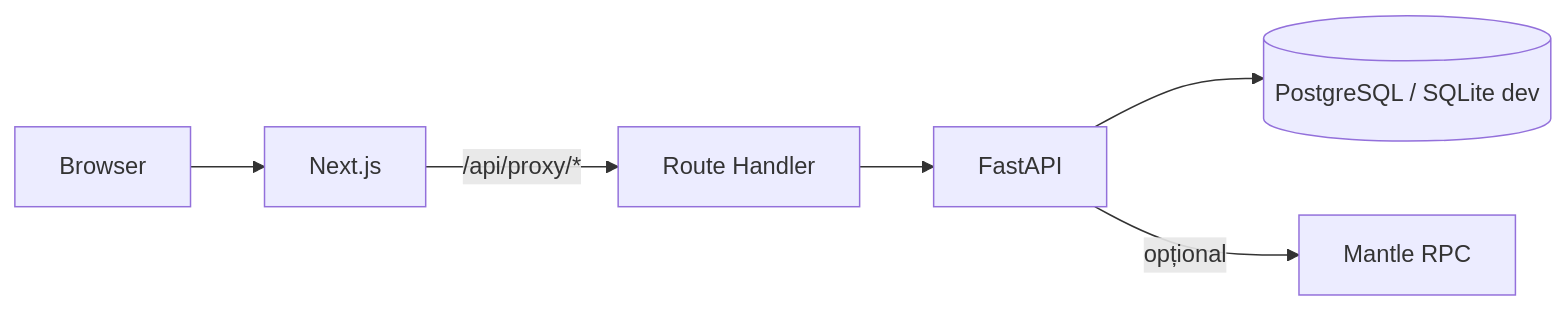
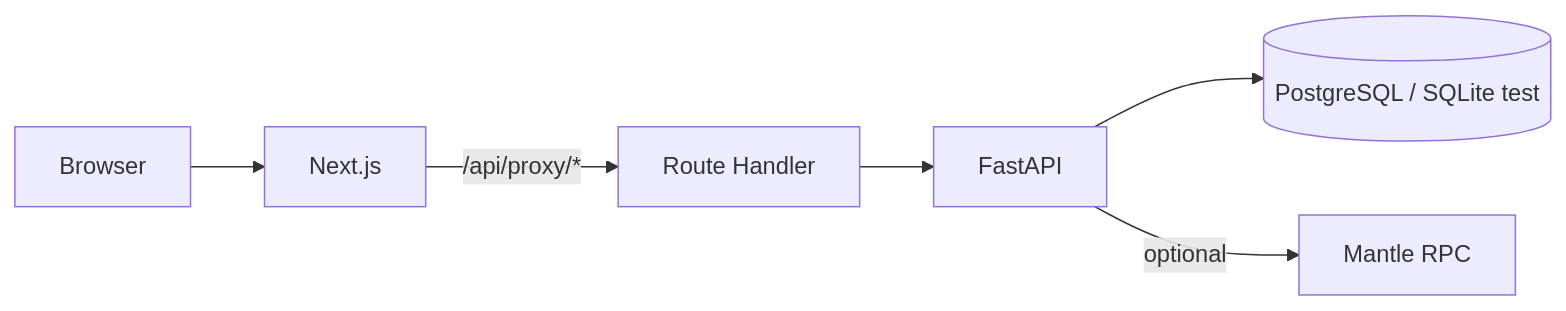
One commit to loquit-tud/TreasuryOS changed the diagram in CONSULTATION_PACK.md. Above: the diagram before and after it, drawn with Mermaid. The commit also changed other lines of this file and 2 other files, not shown here.

````diff
--- a/CONSULTATION_PACK.md
+++ b/CONSULTATION_PACK.md
@@ -76,8 +60,8 @@
 ```mermaid
 flowchart LR
   Browser[Browser] --> Next[Next.js]
   Next -->|"/api/proxy/*"| Proxy[Route Handler]
   Proxy --> API[FastAPI]
-  API --> DB[(PostgreSQL / SQLite dev)]
-  API -->|opțional| Chain[Mantle RPC]
+  API --> DB[(PostgreSQL / SQLite test)]
+  API -->|optional| Chain[Mantle RPC]
 ```
````
